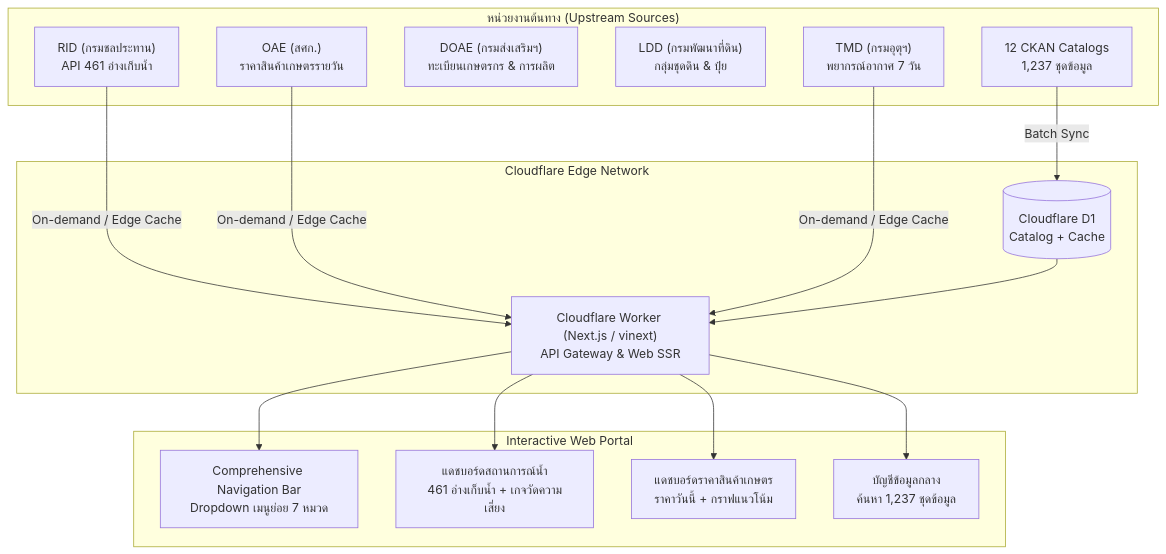
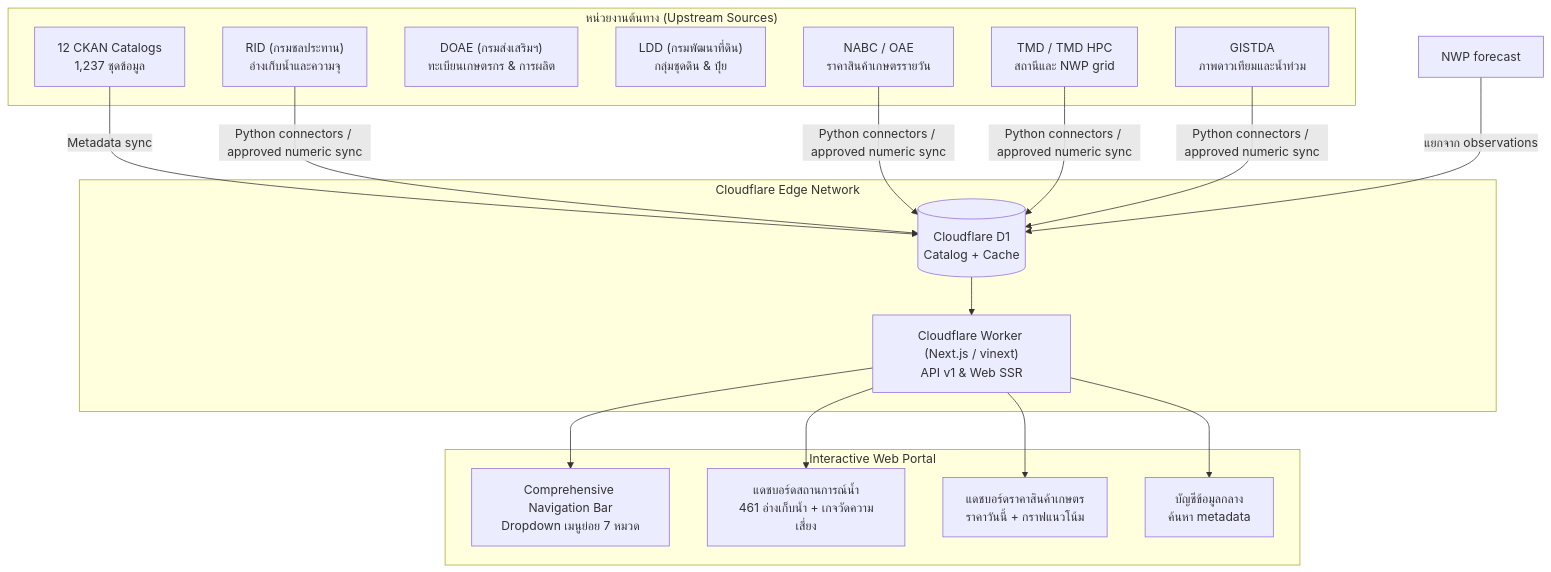
Before and after one commit to dragonfly13110/thailand-agri-intelligence: the diagram in SYSTEM_DESIGN.md, drawn with Mermaid. The commit also changed other lines of this file and 108 other files, not shown here.

````diff
--- a/SYSTEM_DESIGN.md
+++ b/SYSTEM_DESIGN.md
@@ -46,31 +46,33 @@
 ```mermaid
 flowchart TD
   subgraph Upstream["หน่วยงานต้นทาง (Upstream Sources)"]
-    RID["RID (กรมชลประทาน)<br/>API 461 อ่างเก็บน้ำ"]
-    OAE["OAE (สศก.)<br/>ราคาสินค้าเกษตรรายวัน"]
+    RID["RID (กรมชลประทาน)<br/>อ่างเก็บน้ำและความจุ"]
+    OAE["NABC / OAE<br/>ราคาสินค้าเกษตรรายวัน"]
     DOAE["DOAE (กรมส่งเสริมฯ)<br/>ทะเบียนเกษตรกร & การผลิต"]
     LDD["LDD (กรมพัฒนาที่ดิน)<br/>กลุ่มชุดดิน & ปุ๋ย"]
-    TMD["TMD (กรมอุตุฯ)<br/>พยากรณ์อากาศ 7 วัน"]
+    TMD["TMD / TMD HPC<br/>สถานีและ NWP grid"]
+    GISTDA["GISTDA<br/>ภาพดาวเทียมและน้ำท่วม"]
     CKAN["12 CKAN Catalogs<br/>1,237 ชุดข้อมูล"]
   end
 
   subgraph Cloudflare["Cloudflare Edge Network"]
     D1[("Cloudflare D1<br/>Catalog + Cache")]
-    Worker["Cloudflare Worker (Next.js / vinext)<br/>API Gateway & Web SSR"]
+    Worker["Cloudflare Worker (Next.js / vinext)<br/>API v1 & Web SSR"]
   end
 
   subgraph WebApp["Interactive Web Portal"]
     Nav["Comprehensive Navigation Bar<br/>Dropdown เมนูย่อย 7 หมวด"]
     WaterDash["แดชบอร์ดสถานการณ์น้ำ<br/>461 อ่างเก็บน้ำ + เกจวัดความเสี่ยง"]
     PriceDash["แดชบอร์ดราคาสินค้าเกษตร<br/>ราคาวันนี้ + กราฟแนวโน้ม"]
-    CatalogUI["บัญชีข้อมูลกลาง<br/>ค้นหา 1,237 ชุดข้อมูล"]
+    CatalogUI["บัญชีข้อมูลกลาง<br/>ค้นหา metadata"]
   end
 
-  CKAN -->|Batch Sync| D1
-  RID & OAE & TMD -->|On-demand / Edge Cache| Worker
+  CKAN -->|Metadata sync| D1
+  RID & OAE & TMD & GISTDA -->|Python connectors / approved numeric sync| D1
+  NWP["NWP forecast"] -->|แยกจาก observations| D1
   D1 --> Worker
   Worker --> Nav
   Worker --> WaterDash
   Worker --> PriceDash
   Worker --> CatalogUI
 ```
````
